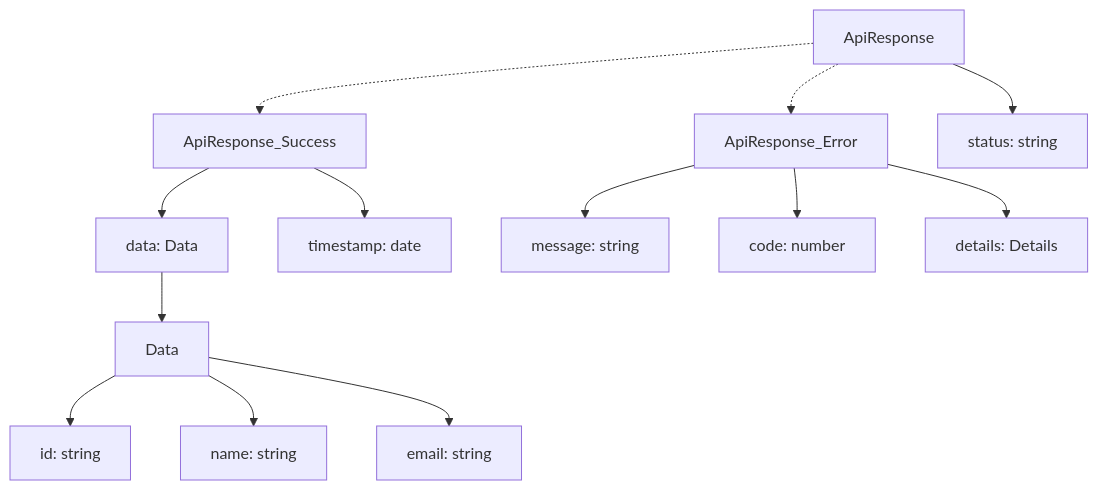
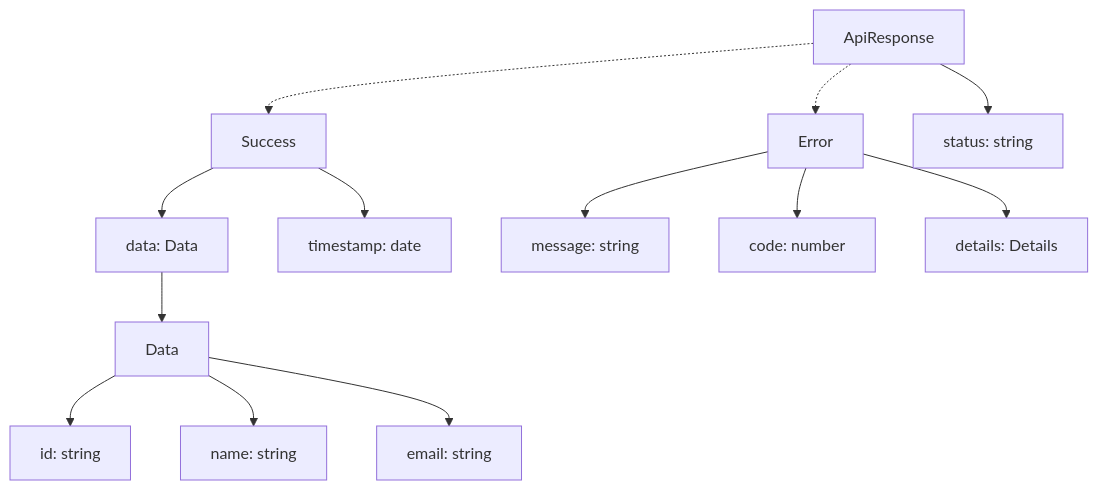
Before and after one commit to kothar/zod-mermaid: the tenth of 19 diagrams in examples/mermaid-examples.md, drawn with Mermaid. The commit also changed other lines of this file and 13 other files, not shown here.

First line of the commit message:
Enhance entity naming in Mermaid diagrams for discriminated unions (#3)

````diff
--- a/examples/mermaid-examples.md
+++ b/examples/mermaid-examples.md
@@ -209,28 +301,28 @@
 ```mermaid
 flowchart TD
     ApiResponse["ApiResponse"]
-    ApiResponse_Success["ApiResponse_Success"]
+    Success["Success"]
     Data["Data"]
-    ApiResponse_Error["ApiResponse_Error"]
+    Error["Error"]
     ApiResponse_status["status: string"]
     ApiResponse --> ApiResponse_status["status: string"]
-    ApiResponse_Success_data["data: Data"]
-    ApiResponse_Success --> ApiResponse_Success_data["data: Data"]
-    ApiResponse_Success_data["data: Data"] --> Data
-    ApiResponse_Success_timestamp["timestamp: date"]
-    ApiResponse_Success --> ApiResponse_Success_timestamp["timestamp: date"]
+    Success_data["data: Data"]
+    Success --> Success_data["data: Data"]
+    Success_data["data: Data"] --> Data
+    Success_timestamp["timestamp: date"]
+    Success --> Success_timestamp["timestamp: date"]
     Data_id["id: string"]
     Data --> Data_id["id: string"]
     Data_name["name: string"]
     Data --> Data_name["name: string"]
     Data_email["email: string"]
     Data --> Data_email["email: string"]
-    ApiResponse_Error_message["message: string"]
-    ApiResponse_Error --> ApiResponse_Error_message["message: string"]
-    ApiResponse_Error_code["code: number"]
-    ApiResponse_Error --> ApiResponse_Error_code["code: number"]
-    ApiResponse_Error_details["details: Details"]
-    ApiResponse_Error --> ApiResponse_Error_details["details: Details"]
-    ApiResponse -.-> ApiResponse_Success
-    ApiResponse -.-> ApiResponse_Error
+    Error_message["message: string"]
+    Error --> Error_message["message: string"]
+    Error_code["code: number"]
+    Error --> Error_code["code: number"]
+    Error_details["details: Details"]
+    Error --> Error_details["details: Details"]
+    ApiResponse -.-> Success
+    ApiResponse -.-> Error
 ```
````
